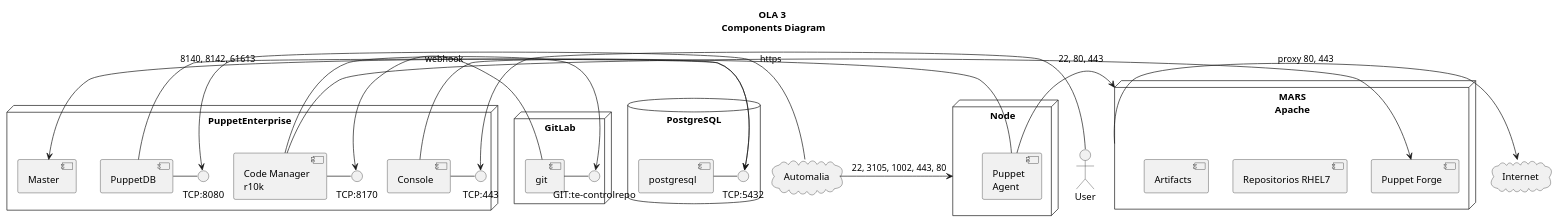
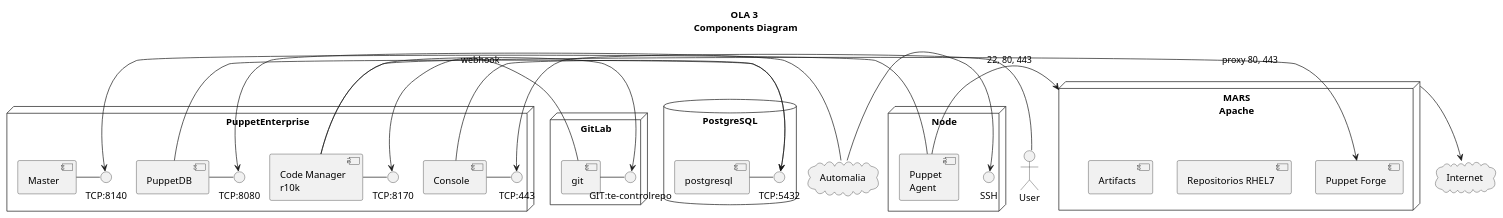
One commit to CIVIR-ES/PE-vagrant changed the diagram in doc/diagram.puml. Above: the diagram before and after it, drawn with PlantUML.

Commit message:
Add master interface

```diff
--- a/doc/diagram.puml
+++ b/doc/diagram.puml
@@ -1,52 +1,55 @@
 @startuml
 title OLA 3\n Components Diagram
 Actor User
 
 node "PuppetEnterprise" {
   [Code Manager\nr10k] as r10k
   [Master]
   [PuppetDB]
   [Console]
   interface "TCP:8170" as TCP8170
   interface "TCP:443" as TCP443
   interface "TCP:8080" as TCP8080
+  interface "TCP:8140" as TCP8140
   [Console] - TCP443
   r10k - TCP8170
   [PuppetDB] - TCP8080
+  [Master] - TCP8140
 }
 
 node "MARS\nApache" as MARS {
   [Puppet Forge]
   [Repositorios RHEL7]
   [Artifacts]
 }
 
 node "GitLab" {
   [git]
   interface "GIT:te-controlrepo" as controlrepo
   [git] - controlrepo
 }
 cloud "Internet" {
 }
 database "PostgreSQL" {
   [postgresql]
   interface "TCP:5432" as TCP5432
   [postgresql] - TCP5432
 }
 cloud "Automalia" {
 }
 node "Node" {
   [Puppet\nAgent]
+  interface SSH
 }
-Automalia -> Node : 22, 3105, 1002, 443, 80
+Automalia -> SSH
 Automalia -> TCP8080
 User -> TCP443
 r10k -> controlrepo
-r10k -> [Puppet Forge] : https
+r10k -> [Puppet Forge]
 [Puppet\nAgent] -> MARS : 22, 80, 443
-[Puppet\nAgent] -> [Master] : 8140, 8142, 61613
+[Puppet\nAgent] -> TCP8140
 MARS -> Internet : proxy 80, 443
 [PuppetDB] -> TCP5432
 [Console] -> TCP5432
 [git] -> TCP8170 : webhook
 @enduml
```
